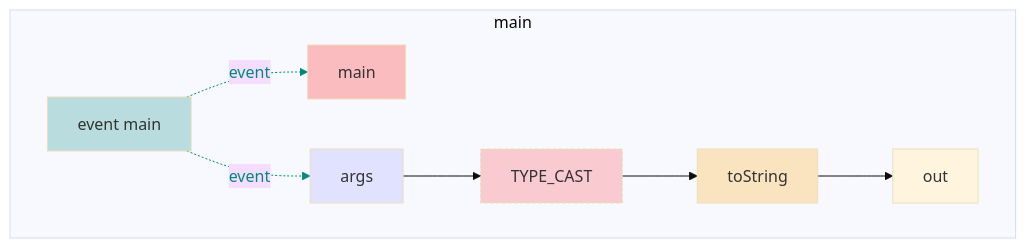
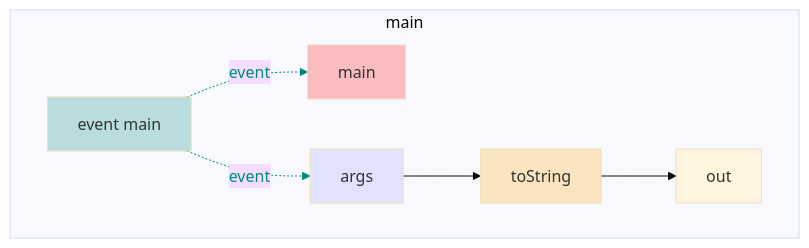
Before and after one commit to gstiebler/codeflow: the diagram in app/src/test/resources/unmodelledReceiver/snapshot.md, drawn with Mermaid (base theme). The commit also changed 13 other files, not shown here.

````diff
--- a/app/src/test/resources/unmodelledReceiver/snapshot.md
+++ b/app/src/test/resources/unmodelledReceiver/snapshot.md
@@ -1,26 +1,24 @@
 ```mermaid
 flowchart TD
   subgraph b0["main"]
     n1[event main]:::EVENT
     n2[main]:::RETURN
     n3[args]:::FUNC_PARAM
-    n4[TYPE_CAST]:::UNMODELLED
-    n5[toString]:::EXTERNAL
-    n6[out]:::OBJ_VARIABLE
+    n4[toString]:::EXTERNAL
+    n5[out]:::OBJ_VARIABLE
     n1[event main]:::EVENT -. event .-> n2[main]:::RETURN
     n1[event main]:::EVENT -. event .-> n3[args]:::FUNC_PARAM
-    n3[args]:::FUNC_PARAM --> n4[TYPE_CAST]:::UNMODELLED
-    n4[TYPE_CAST]:::UNMODELLED --> n5[toString]:::EXTERNAL
-    n5[toString]:::EXTERNAL --> n6[out]:::OBJ_VARIABLE
+    n3[args]:::FUNC_PARAM --> n4[toString]:::EXTERNAL
+    n4[toString]:::EXTERNAL --> n5[out]:::OBJ_VARIABLE
   end
   linkStyle 0 stroke:#00897b,color:#00897b
   linkStyle 1 stroke:#00897b,color:#00897b
   classDef LITERAL fill:#00FF0030
   classDef VARIABLE fill:#80808030
   classDef BIN_OP fill:#80808080
   classDef FUNC_PARAM fill:#8080FF30
   classDef RETURN fill:#FF808080
   classDef EXTERNAL fill:#FFA50040
   classDef UNMODELLED fill:#FF000030,stroke-dasharray: 4 2
   classDef EVENT fill:#00897B40
 ```
````
